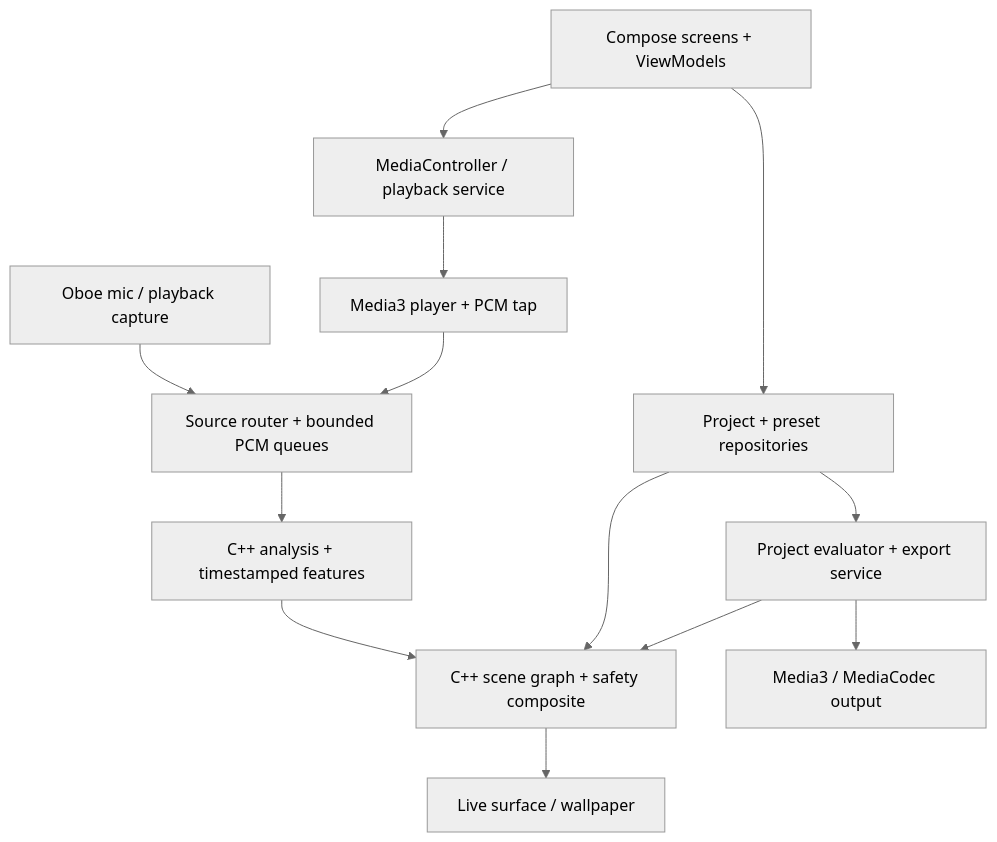
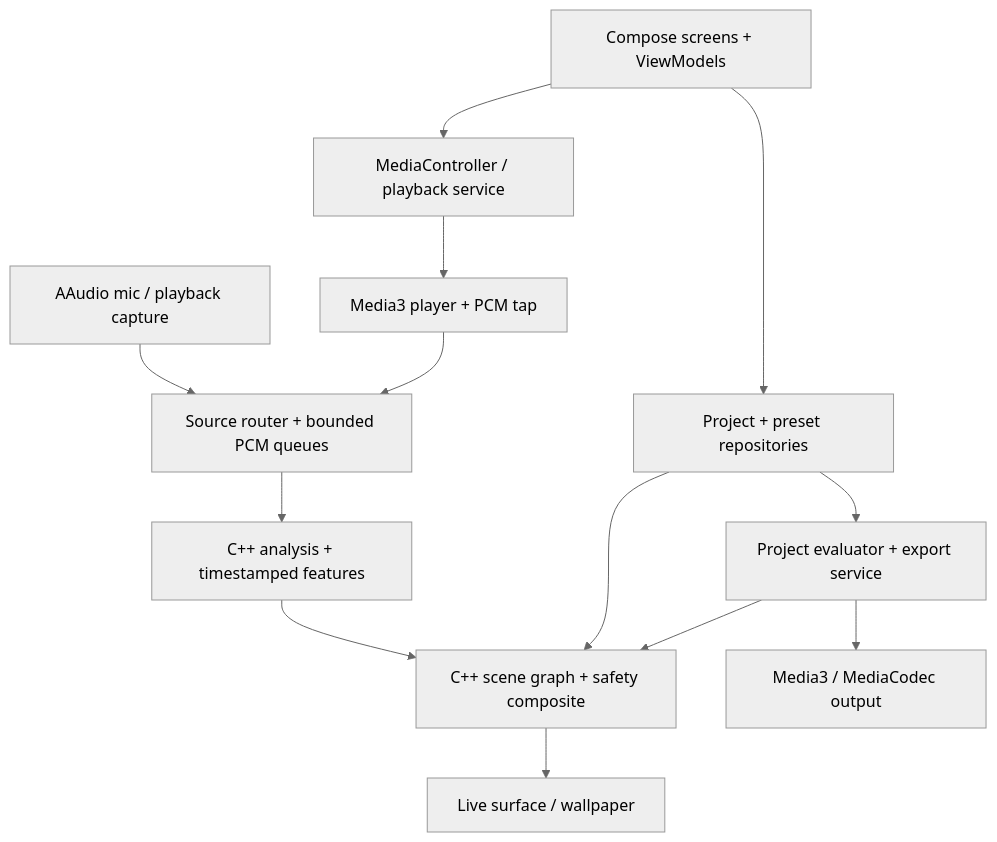
The diagram in docs/blueprint/ARCHITECTURE.md (tessie1993/geode-3), drawn with Mermaid (neutral theme) before and after one commit. The commit also changed other lines of this file and 6 other files, not shown here.

````diff
--- a/docs/blueprint/ARCHITECTURE.md
+++ b/docs/blueprint/ARCHITECTURE.md
@@ -9,15 +9,15 @@
 ```mermaid
 flowchart TD
   UI["Compose screens + ViewModels"] --> Session["MediaController / playback service"]
   UI --> Projects["Project + preset repositories"]
   Session --> Media["Media3 player + PCM tap"]
-  Sources["Oboe mic / playback capture"] --> PCM["Source router + bounded PCM queues"]
+  Sources["AAudio mic / playback capture"] --> PCM["Source router + bounded PCM queues"]
   Media --> PCM
   PCM --> Analysis["C++ analysis + timestamped features"]
   Analysis --> Render["C++ scene graph + safety composite"]
   Projects --> Render
   Render --> Live["Live surface / wallpaper"]
   Projects --> Export["Project evaluator + export service"]
   Export --> Render
   Export --> Encode["Media3 / MediaCodec output"]
 ```
````
